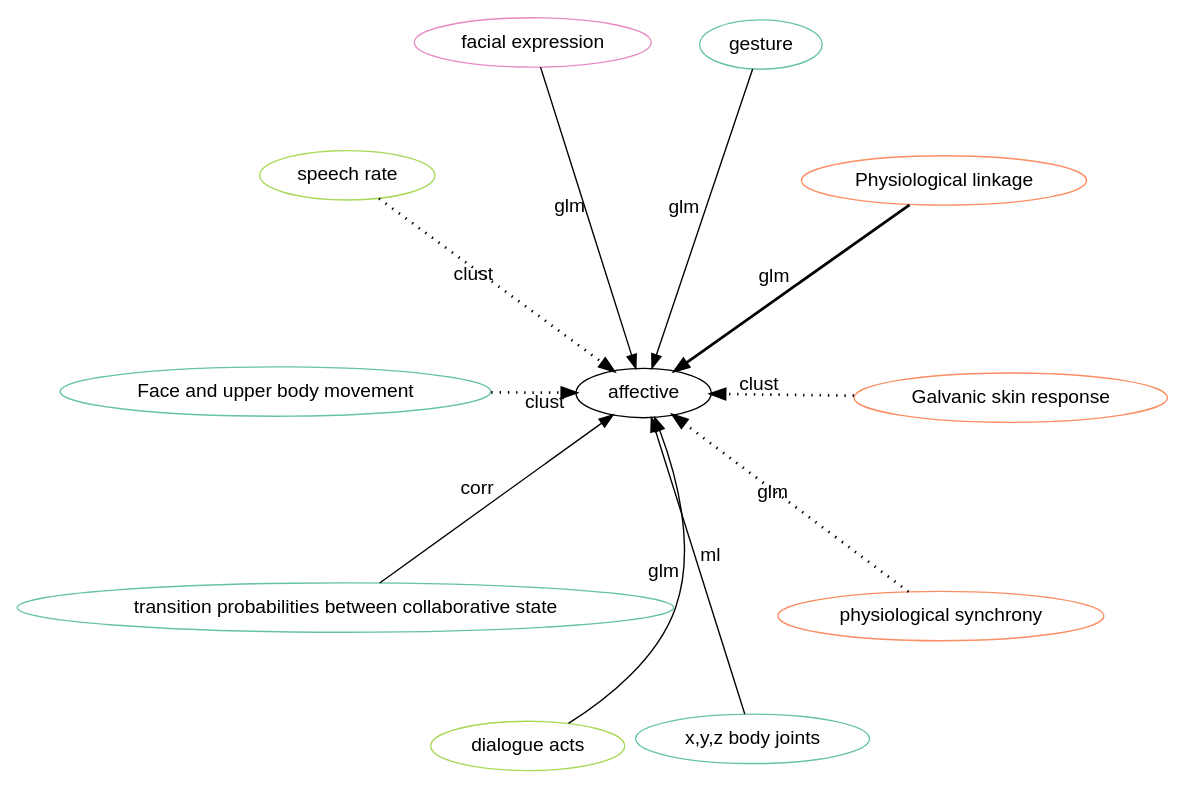
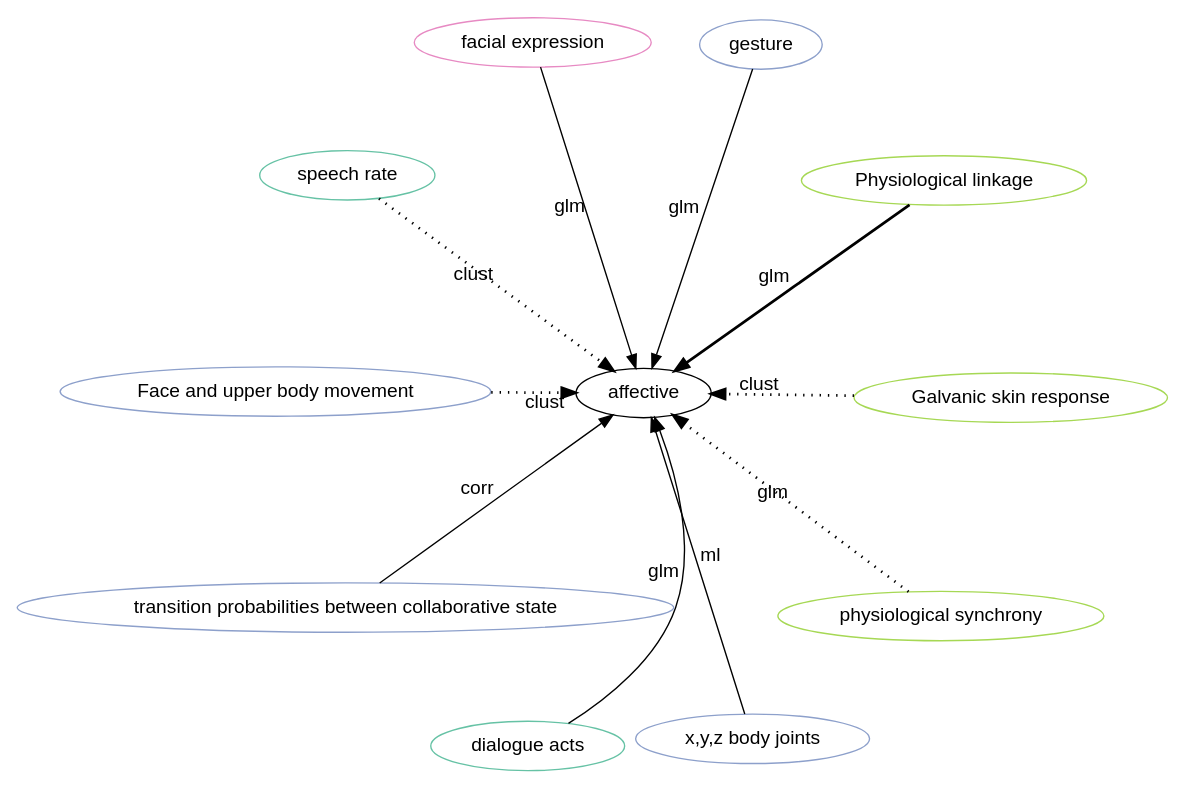
One commit to hgse-schneider/mmca changed the diagram in graphviz/affective.gv. Above: the diagram before and after it, drawn with Graphviz. The commit also changed 115 other files, not shown here.

```diff
--- a/graphviz/affective.gv
+++ b/graphviz/affective.gv
@@ -1,39 +1,39 @@
 digraph world {
         size="10,10";
         layout=neato
         graph [fontname = "helvetica"];
         node [fontname = "helvetica", colorscheme=set28];
         edge [fontname = "helvetica", colorscheme=set28];
 
 	"affective" [href="index.svg"];
-	"Physiological linkage" [href="https://scholar.google.com/scholar?hl=en&q=Physiological%20Linkage%20of%20Dyadic%20Gaming%20Experience" target="_blank" , color="2"];
-	"Physiological linkage" [href="https://scholar.google.com/scholar?hl=en&q=Physiological%20Linkage%20of%20Dyadic%20Gaming%20Experience" target="_blank" , color="2"];
-	"dialogue acts" [href="https://scholar.google.com/scholar?hl=en&q=The%20Additive%20Value%20of%20Multimodal%20Features%20for%20Predicting%20Engagement,%20Frustration,%20and%20Learning%20during%20Tutoring" target="_blank" , color="5"];
+	"Physiological linkage" [href="https://scholar.google.com/scholar?hl=en&q=Physiological%20Linkage%20of%20Dyadic%20Gaming%20Experience" target="_blank" , color="5"];
+	"Physiological linkage" [href="https://scholar.google.com/scholar?hl=en&q=Physiological%20Linkage%20of%20Dyadic%20Gaming%20Experience" target="_blank" , color="5"];
+	"dialogue acts" [href="https://scholar.google.com/scholar?hl=en&q=The%20Additive%20Value%20of%20Multimodal%20Features%20for%20Predicting%20Engagement,%20Frustration,%20and%20Learning%20during%20Tutoring" target="_blank" , color="1"];
 	"facial expression" [href="https://scholar.google.com/scholar?hl=en&q=The%20Additive%20Value%20of%20Multimodal%20Features%20for%20Predicting%20Engagement,%20Frustration,%20and%20Learning%20during%20Tutoring" target="_blank" , color="4"];
-	"gesture" [href="https://scholar.google.com/scholar?hl=en&q=The%20Additive%20Value%20of%20Multimodal%20Features%20for%20Predicting%20Engagement,%20Frustration,%20and%20Learning%20during%20Tutoring" target="_blank" , color="1"];
-	"speech rate" [href="https://scholar.google.com/scholar?hl=en&q=Modeling%20Team-level%20Multimodal%20Dynamics%20during%20Multiparty%20Collaboration" target="_blank" , color="5"];
-	"Face and upper body movement" [href="https://scholar.google.com/scholar?hl=en&q=Modeling%20Team-level%20Multimodal%20Dynamics%20during%20Multiparty%20Collaboration" target="_blank" , color="1"];
-	"Galvanic skin response" [href="https://scholar.google.com/scholar?hl=en&q=Modeling%20Team-level%20Multimodal%20Dynamics%20during%20Multiparty%20Collaboration" target="_blank" , color="2"];
-	"speech rate" [href="https://scholar.google.com/scholar?hl=en&q=Modeling%20Team-level%20Multimodal%20Dynamics%20during%20Multiparty%20Collaboration" target="_blank" , color="5"];
-	"Face and upper body movement" [href="https://scholar.google.com/scholar?hl=en&q=Modeling%20Team-level%20Multimodal%20Dynamics%20during%20Multiparty%20Collaboration" target="_blank" , color="1"];
-	"Galvanic skin response" [href="https://scholar.google.com/scholar?hl=en&q=Modeling%20Team-level%20Multimodal%20Dynamics%20during%20Multiparty%20Collaboration" target="_blank" , color="2"];
-	"transition probabilities between collaborative state" [href="https://scholar.google.com/scholar?hl=en&q=Using%20Motion%20Sensors%20to%20Understand%20Collaborative%20Interactions%20in%20Digital%20Fabrication%20Labs" target="_blank" , color="1"];
-	"physiological synchrony" [href="https://scholar.google.com/scholar?hl=en&q=What%20does%20physiological%20synchrony%20reveal%20about%20metacognitive%20experiences%20and%20group%20performance?" target="_blank" , color="2"];
-	"physiological synchrony" [href="https://scholar.google.com/scholar?hl=en&q=What%20does%20physiological%20synchrony%20reveal%20about%20metacognitive%20experiences%20and%20group%20performance?" target="_blank" , color="2"];
-	"x,y,z body joints" [href="https://scholar.google.com/scholar?hl=en&q=Machine%20learning%20classification%20of%20design%20team%20members’%20body%20language%20patterns%20for%20real%20time%20emotional%20state%20detection" target="_blank" , color="1"];
+	"gesture" [href="https://scholar.google.com/scholar?hl=en&q=The%20Additive%20Value%20of%20Multimodal%20Features%20for%20Predicting%20Engagement,%20Frustration,%20and%20Learning%20during%20Tutoring" target="_blank" , color="3"];
+	"speech rate" [href="https://scholar.google.com/scholar?hl=en&q=Modeling%20Team-level%20Multimodal%20Dynamics%20during%20Multiparty%20Collaboration" target="_blank" , color="1"];
+	"Face and upper body movement" [href="https://scholar.google.com/scholar?hl=en&q=Modeling%20Team-level%20Multimodal%20Dynamics%20during%20Multiparty%20Collaboration" target="_blank" , color="3"];
+	"Galvanic skin response" [href="https://scholar.google.com/scholar?hl=en&q=Modeling%20Team-level%20Multimodal%20Dynamics%20during%20Multiparty%20Collaboration" target="_blank" , color="5"];
+	"speech rate" [href="https://scholar.google.com/scholar?hl=en&q=Modeling%20Team-level%20Multimodal%20Dynamics%20during%20Multiparty%20Collaboration" target="_blank" , color="1"];
+	"Face and upper body movement" [href="https://scholar.google.com/scholar?hl=en&q=Modeling%20Team-level%20Multimodal%20Dynamics%20during%20Multiparty%20Collaboration" target="_blank" , color="3"];
+	"Galvanic skin response" [href="https://scholar.google.com/scholar?hl=en&q=Modeling%20Team-level%20Multimodal%20Dynamics%20during%20Multiparty%20Collaboration" target="_blank" , color="5"];
+	"transition probabilities between collaborative state" [href="https://scholar.google.com/scholar?hl=en&q=Using%20Motion%20Sensors%20to%20Understand%20Collaborative%20Interactions%20in%20Digital%20Fabrication%20Labs" target="_blank" , color="3"];
+	"physiological synchrony" [href="https://scholar.google.com/scholar?hl=en&q=What%20does%20physiological%20synchrony%20reveal%20about%20metacognitive%20experiences%20and%20group%20performance?" target="_blank" , color="5"];
+	"physiological synchrony" [href="https://scholar.google.com/scholar?hl=en&q=What%20does%20physiological%20synchrony%20reveal%20about%20metacognitive%20experiences%20and%20group%20performance?" target="_blank" , color="5"];
+	"x,y,z body joints" [href="https://scholar.google.com/scholar?hl=en&q=Machine%20learning%20classification%20of%20design%20team%20members’%20body%20language%20patterns%20for%20real%20time%20emotional%20state%20detection" target="_blank" , color="3"];
 	"Physiological linkage" -> "affective" [label="glm", labeltooltip=2, style="solid", penwidth=2];
 	"dialogue acts" -> "affective" [label="glm", labeltooltip=1, style="solid", penwidth=1];
 	"facial expression" -> "affective" [label="glm", labeltooltip=1, style="solid", penwidth=1];
 	"gesture" -> "affective" [label="glm", labeltooltip=1, style="solid", penwidth=1];
 	"speech rate" -> "affective" [label="clust", labeltooltip=2, style="dotted", penwidth=2];
 	"Face and upper body movement" -> "affective" [label="clust", labeltooltip=2, style="dotted", penwidth=2];
 	"Galvanic skin response" -> "affective" [label="clust", labeltooltip=2, style="dotted", penwidth=2];
 	"transition probabilities between collaborative state" -> "affective" [label="corr", labeltooltip=1, style="solid", penwidth=1];
 	"physiological synchrony" -> "affective" [label="glm", labeltooltip=2, style="dotted", penwidth=2];
 	"x,y,z body joints" -> "affective" [label="ml", labeltooltip=1, style="solid", penwidth=1];
 
  overlap=false 
  splines = true; 
 
 
 }
```
